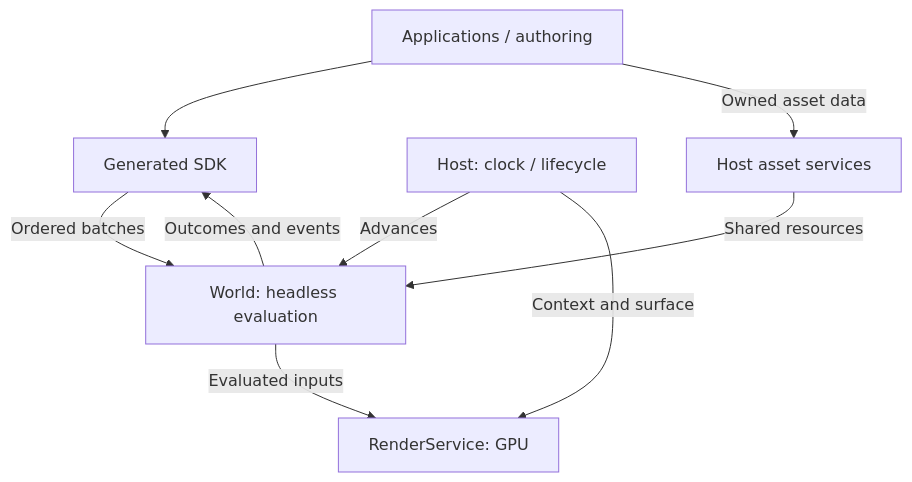
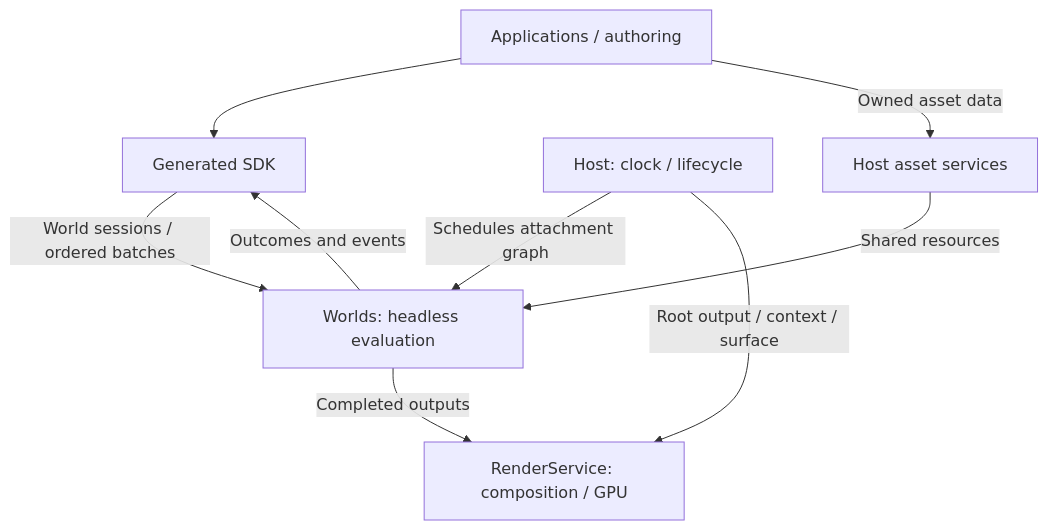
The diagram in docs/architecture.md (rubber-duck/ipp), drawn with Mermaid before and after one commit. The commit also changed other lines of this file and 1098 other files, not shown here.

````diff
--- a/docs/architecture.md
+++ b/docs/architecture.md
@@ -7,11 +7,11 @@
 ```mermaid
 flowchart TD
     clients["Applications / authoring"] --> sdk["Generated SDK"]
-    sdk -->|"Ordered batches"| world["World: headless evaluation"]
+    sdk -->|"World sessions / ordered batches"| world["Worlds: headless evaluation"]
     world -->|"Outcomes and events"| sdk
-    host["Host: clock / lifecycle"] -->|"Advances"| world
+    host["Host: clock / lifecycle"] -->|"Schedules attachment graph"| world
     clients -->|"Owned asset data"| assets["Host asset services"]
     assets -->|"Shared resources"| world
-    world -->|"Evaluated inputs"| render["RenderService: GPU"]
-    host -->|"Context and surface"| render
+    world -->|"Completed outputs"| render["RenderService: composition / GPU"]
+    host -->|"Root output / context / surface"| render
 ```
````
